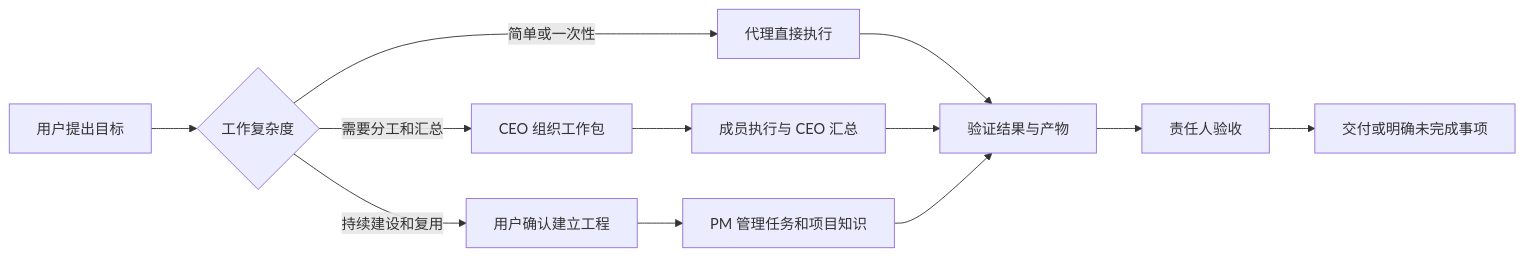
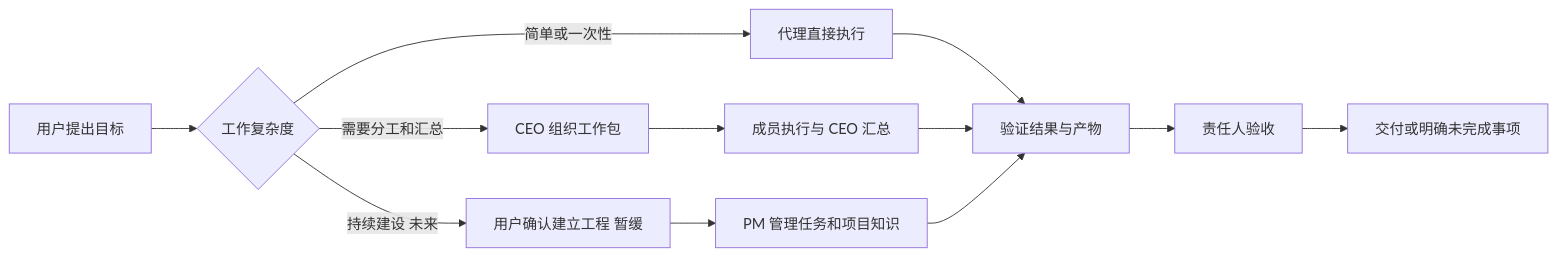
The fourth of 5 diagrams in docs/01-产品/PRD-01-Magic产品总览.md (liu629711-spec/Magic), drawn with Mermaid before and after one commit. The commit also changed other lines of this file and 106 other files, not shown here.

````diff
--- a/docs/01-产品/PRD-01-Magic产品总览.md
+++ b/docs/01-产品/PRD-01-Magic产品总览.md
@@ -142,14 +147,14 @@
 ```mermaid
 flowchart LR
   A[用户提出目标] --> B{工作复杂度}
   B -->|简单或一次性| C[代理直接执行]
   B -->|需要分工和汇总| D[CEO 组织工作包]
-  B -->|持续建设和复用| E[用户确认建立工程]
+  B -->|持续建设 未来| E[用户确认建立工程 暂缓]
   C --> F[验证结果与产物]
   D --> G[成员执行与 CEO 汇总]
   E --> H[PM 管理任务和项目知识]
   G --> F
   H --> F
   F --> I[责任人验收]
   I --> J[交付或明确未完成事项]
 ```
````
